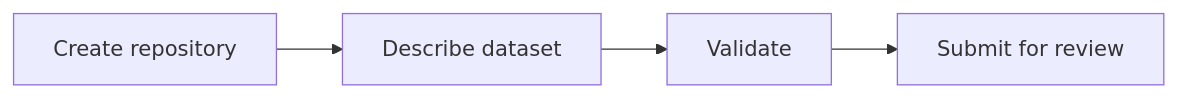
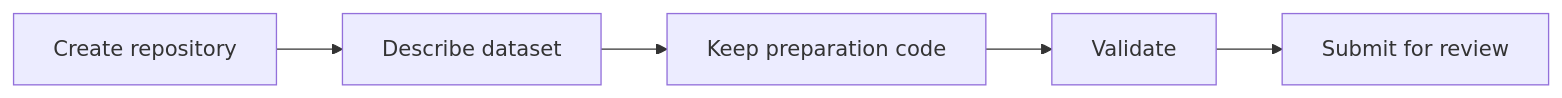
One commit to budaya-lab/tpl-dataset changed the diagram in README.md. Above: the diagram before and after it, drawn with Mermaid. The commit also changed other lines of this file, not shown here.

Commit message:
docs: add dataset preparation guidance

````diff
--- a/README.md
+++ b/README.md
@@ -13,6 +13,7 @@
 ```mermaid
 flowchart LR
     A[Create repository] --> B[Describe dataset]
-    B --> C[Validate]
-    C --> D[Submit for review]
+    B --> C[Keep preparation code]
+    C --> D[Validate]
+    D --> E[Submit for review]
 ```
````
